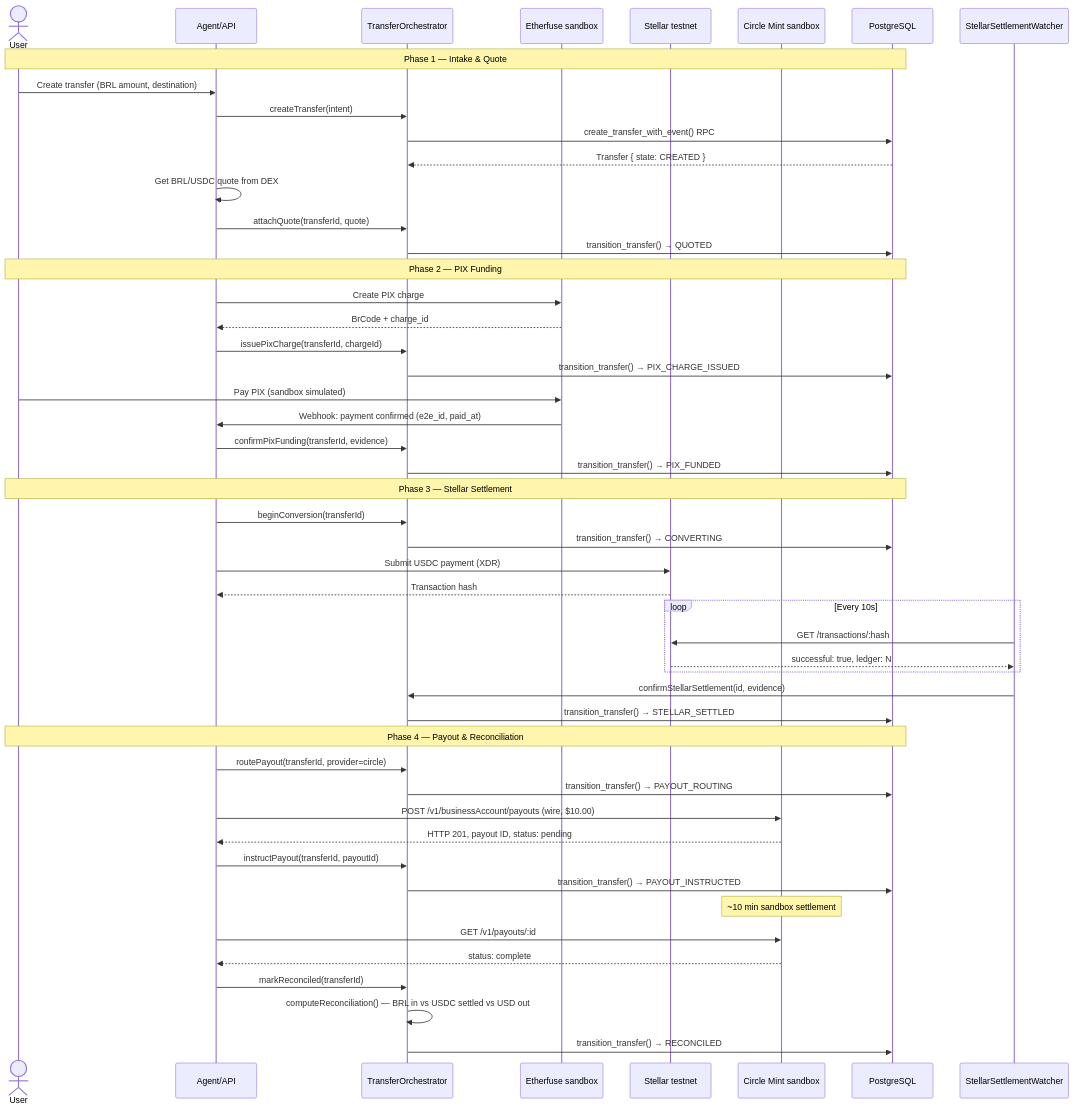
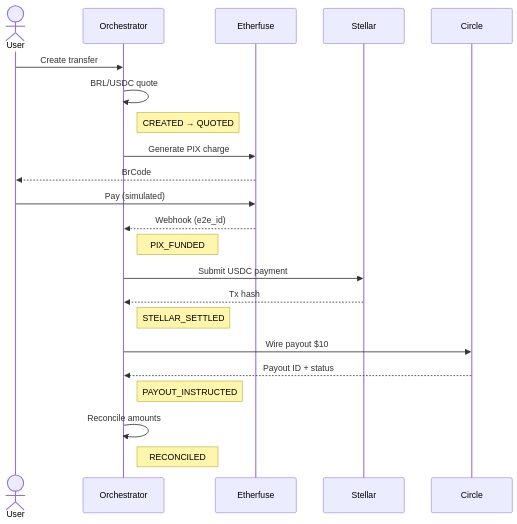
The diagram in insta-awards/submission/diagrams/money-flow.mmd (rbfcdog/talk-to-stellar), drawn with Mermaid before and after one commit. The commit also changed 3 other files, not shown here.

First line of the commit message:
fix: simplified Mermaid diagrams — less cluttered, more readable

```diff
--- a/insta-awards/submission/diagrams/money-flow.mmd
+++ b/insta-awards/submission/diagrams/money-flow.mmd
@@ -1,67 +1,27 @@
 sequenceDiagram
     actor User
-    participant Agent as Agent/API
-    participant Orchestrator as TransferOrchestrator
-    participant PIX as Etherfuse sandbox
-    participant Stellar as Stellar testnet
-    participant Payout as Circle Mint sandbox
-    participant DB as PostgreSQL
+    participant Orchestrator
+    participant PIX as Etherfuse
+    participant Stellar
+    participant Circle
 
-    Note over User,DB: Phase 1 — Intake & Quote
+    User->>Orchestrator: Create transfer
+    Orchestrator->>Orchestrator: BRL/USDC quote
+    Note right of Orchestrator: CREATED → QUOTED
 
-    User->>Agent: Create transfer (BRL amount, destination)
-    Agent->>Orchestrator: createTransfer(intent)
-    Orchestrator->>DB: create_transfer_with_event() RPC
-    DB-->>Orchestrator: Transfer { state: CREATED }
+    Orchestrator->>PIX: Generate PIX charge
+    PIX-->>User: BrCode
+    User->>PIX: Pay (simulated)
+    PIX-->>Orchestrator: Webhook (e2e_id)
+    Note right of Orchestrator: PIX_FUNDED
 
-    Agent->>Agent: Get BRL/USDC quote from DEX
-    Agent->>Orchestrator: attachQuote(transferId, quote)
-    Orchestrator->>DB: transition_transfer() → QUOTED
+    Orchestrator->>Stellar: Submit USDC payment
+    Stellar-->>Orchestrator: Tx hash
+    Note right of Orchestrator: STELLAR_SETTLED
 
-    Note over User,DB: Phase 2 — PIX Funding
+    Orchestrator->>Circle: Wire payout $10
+    Circle-->>Orchestrator: Payout ID + status
+    Note right of Orchestrator: PAYOUT_INSTRUCTED
 
-    Agent->>PIX: Create PIX charge
-    PIX-->>Agent: BrCode + charge_id
-    Agent->>Orchestrator: issuePixCharge(transferId, chargeId)
-    Orchestrator->>DB: transition_transfer() → PIX_CHARGE_ISSUED
-
-    User->>PIX: Pay PIX (sandbox simulated)
-    PIX->>Agent: Webhook: payment confirmed (e2e_id, paid_at)
-    Agent->>Orchestrator: confirmPixFunding(transferId, evidence)
-    Orchestrator->>DB: transition_transfer() → PIX_FUNDED
-
-    Note over User,DB: Phase 3 — Stellar Settlement
-
-    Agent->>Orchestrator: beginConversion(transferId)
-    Orchestrator->>DB: transition_transfer() → CONVERTING
-
-    Agent->>Stellar: Submit USDC payment (XDR)
-    Stellar-->>Agent: Transaction hash
-
-    loop Every 10s
-        StellarSettlementWatcher->>Stellar: GET /transactions/:hash
-        Stellar-->>StellarSettlementWatcher: successful: true, ledger: N
-    end
-
-    StellarSettlementWatcher->>Orchestrator: confirmStellarSettlement(id, evidence)
-    Orchestrator->>DB: transition_transfer() → STELLAR_SETTLED
-
-    Note over User,DB: Phase 4 — Payout & Reconciliation
-
-    Agent->>Orchestrator: routePayout(transferId, provider=circle)
-    Orchestrator->>DB: transition_transfer() → PAYOUT_ROUTING
-
-    Agent->>Payout: POST /v1/businessAccount/payouts (wire, $10.00)
-    Payout-->>Agent: HTTP 201, payout ID, status: pending
-
-    Agent->>Orchestrator: instructPayout(transferId, payoutId)
-    Orchestrator->>DB: transition_transfer() → PAYOUT_INSTRUCTED
-
-    Note over Payout: ~10 min sandbox settlement
-
-    Agent->>Payout: GET /v1/payouts/:id
-    Payout-->>Agent: status: complete
-
-    Agent->>Orchestrator: markReconciled(transferId)
-    Orchestrator->>Orchestrator: computeReconciliation() — BRL in vs USDC settled vs USD out
-    Orchestrator->>DB: transition_transfer() → RECONCILED
+    Orchestrator->>Orchestrator: Reconcile amounts
+    Note right of Orchestrator: RECONCILED
```
